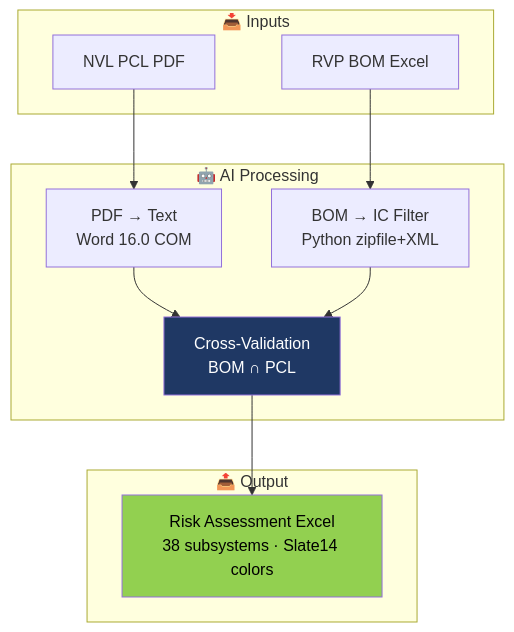
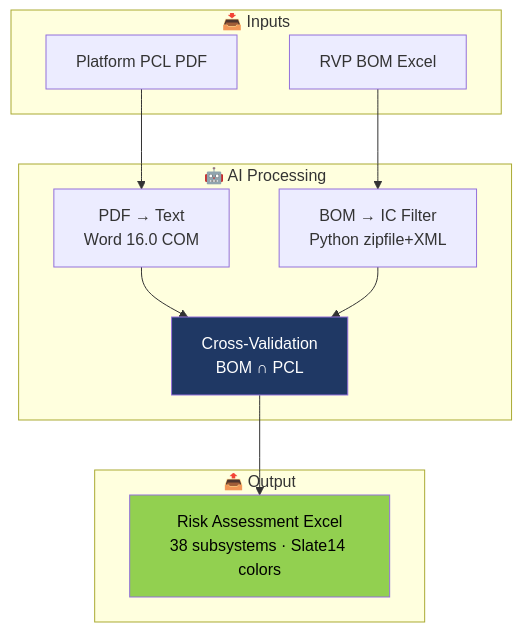
The third of 4 diagrams in README.md (billhsie/BOM_Risk_Assessment), drawn with Mermaid before and after one commit. The commit also changed other lines of this file and 3 other files, not shown here.

````diff
--- a/README.md
+++ b/README.md
@@ -142,24 +142,24 @@
 ```mermaid
 flowchart TD
     subgraph "📥 Inputs"
-        PCL[NVL PCL PDF]
+        PCL[Platform PCL PDF]
         BOM[RVP BOM Excel]
     end
 
     subgraph "🤖 AI Processing"
         P1[PDF → Text<br/>Word 16.0 COM]
         P2[BOM → IC Filter<br/>Python zipfile+XML]
         V[Cross-Validation<br/>BOM ∩ PCL]
     end
 
     subgraph "📤 Output"
         XL["Risk Assessment Excel<br/>38 subsystems · Slate14 colors"]
     end
 
     PCL --> P1 --> V
     BOM --> P2 --> V
     V --> XL
 
     style V fill:#1F3864,color:#fff
     style XL fill:#92D050,color:#000
 ```
````
